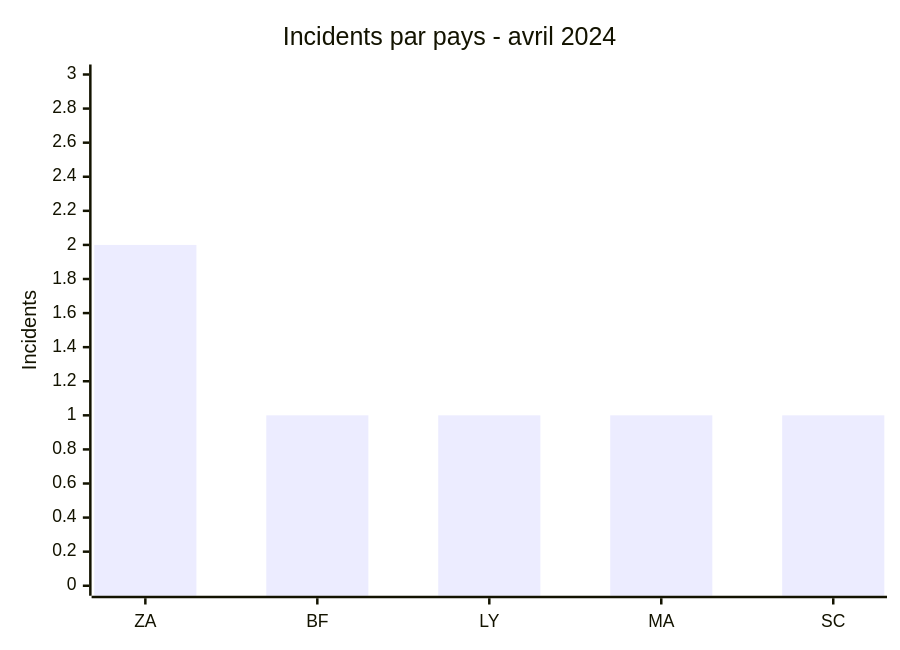
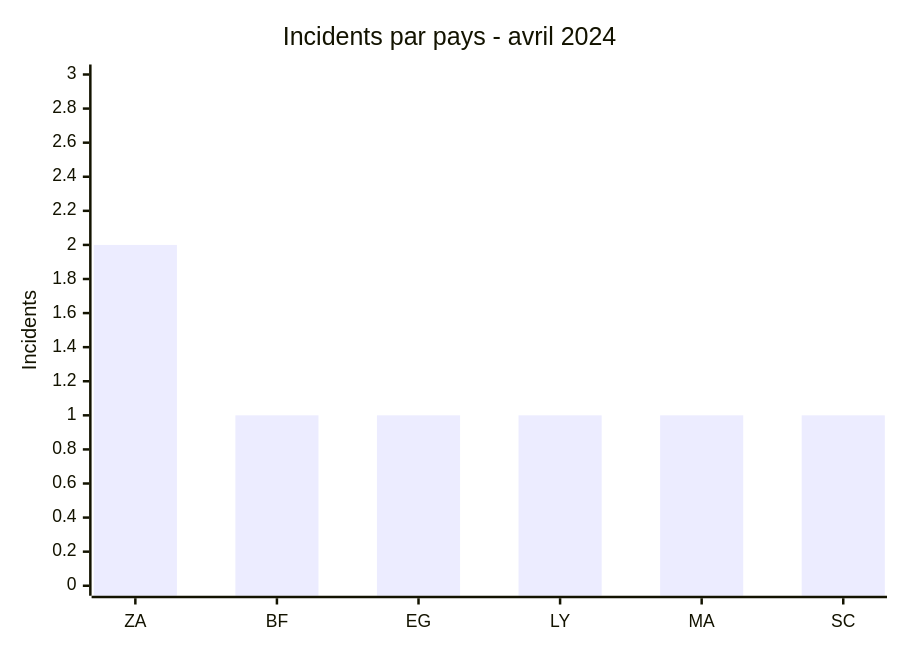
Before and after one commit to Hatchepsoute/AFRINTEL: the first of 2 diagrams in CyberAttackAfrica/2024/04-april/README_FR.md, drawn with Mermaid. The commit also changed other lines of this file and 48 other files, not shown here.

````diff
--- a/CyberAttackAfrica/2024/04-april/README_FR.md
+++ b/CyberAttackAfrica/2024/04-april/README_FR.md
@@ -44,7 +45,7 @@
 ```mermaid
 xychart
     title "Incidents par pays - avril 2024"
-    x-axis ["ZA","BF","LY","MA","SC"]
+    x-axis ["ZA","BF","EG","LY","MA","SC"]
     y-axis "Incidents" 0 --> 3
-    bar [2,1,1,1,1]
+    bar [2,1,1,1,1,1]
 ```
````
